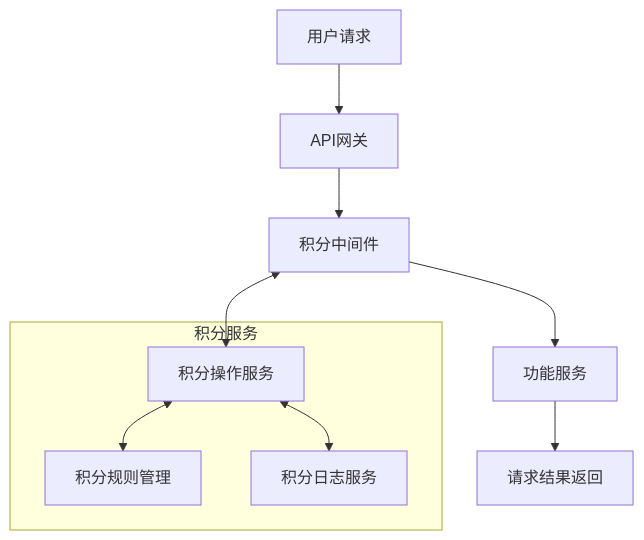
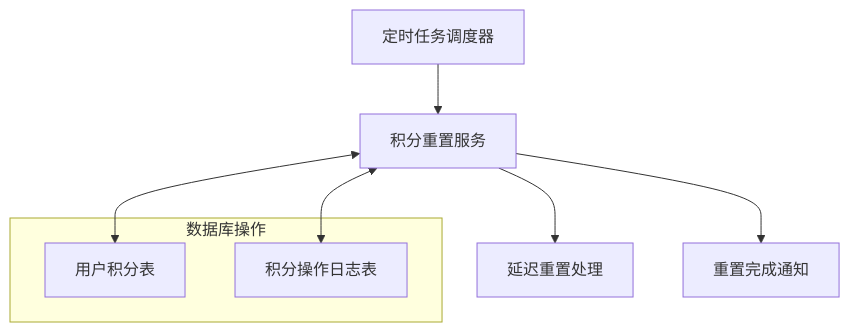
One commit to yingjianzh/iodraw-files changed the diagram in all/未命名-65.md. Above: the diagram before and after it, drawn with Mermaid.

Commit message:
2025-05-22 15:41:05 update

````diff
--- a/all/未命名-65.md
+++ b/all/未命名-65.md
@@ -1,17 +1,14 @@
 ```mermaid
 flowchart TD
-    A[用户请求] --> B[API网关]
-    B --> C[积分中间件]
-    C --> D[功能服务]
-    D --> E[请求结果返回]
+    A[定时任务调度器] --> B[积分重置服务]
+    B --> C[延迟重置处理]
+    B --> D[重置完成通知]
     
-    subgraph 积分服务
-    F[积分规则管理]
-    G[积分操作服务]
-    H[积分日志服务]
+    subgraph 数据库操作
+    E[用户积分表]
+    F[积分操作日志表]
     end
     
-    C <--> G
-    G <--> F
-    G <--> H
+    B <--> E
+    B <--> F
 ```
````
